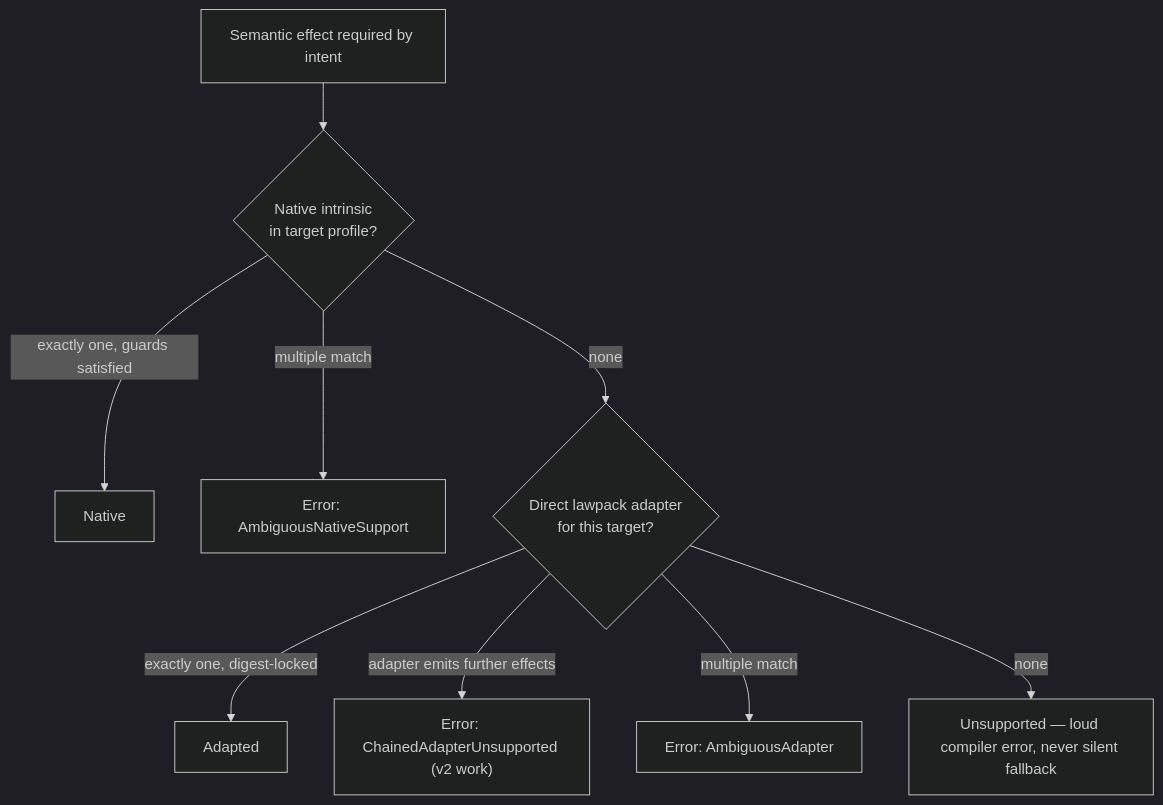
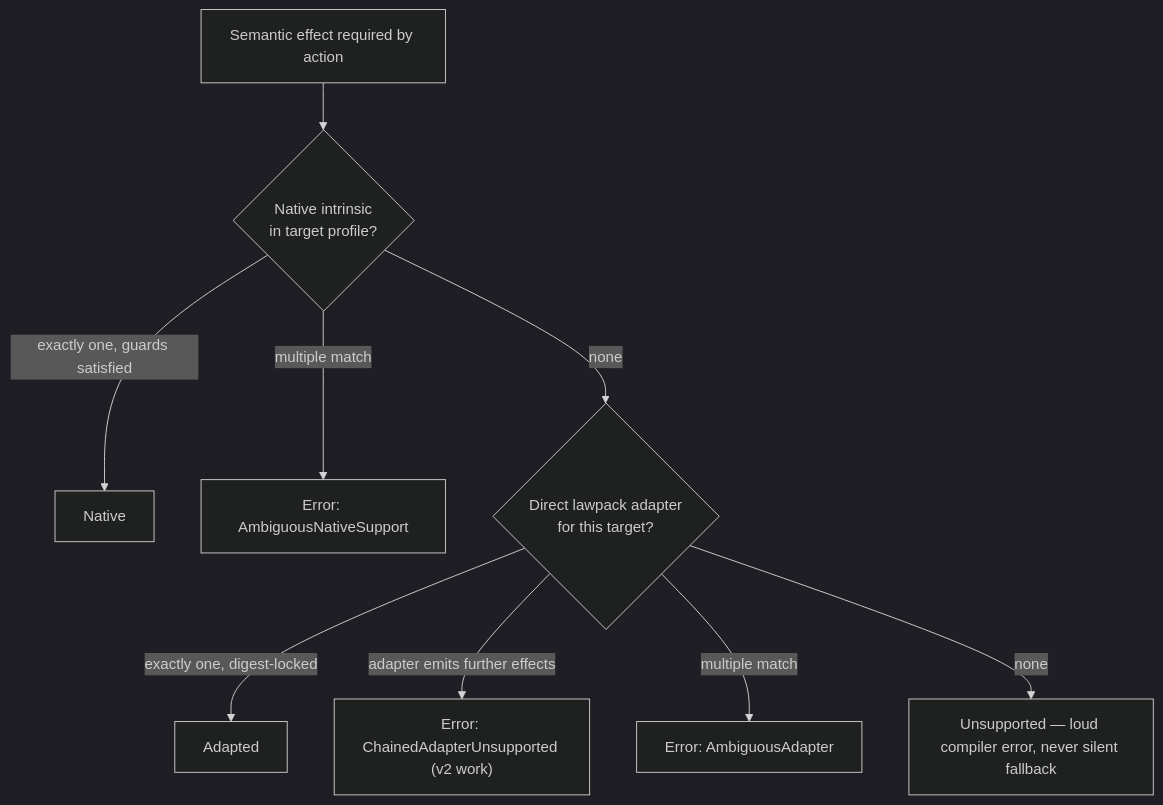
One commit to flyingrobots/edict changed the ninth of 15 diagrams in EDICT.md. Above: the diagram before and after it, drawn with Mermaid (dark theme). The commit also changed other lines of this file and 107 other files, not shown here.

First line of the commit message:
Refactor: Rename Intent to Action workspace-wide

````diff
--- a/EDICT.md
+++ b/EDICT.md
@@ -629,11 +629,11 @@
 ```mermaid
 flowchart TD
-    E["Semantic effect required by intent"] --> N{"Native intrinsic<br/>in target profile?"}
+    E["Semantic effect required by action"] --> N{"Native intrinsic<br/>in target profile?"}
     N -->|"exactly one, guards satisfied"| NAT["Native"]
     N -->|"multiple match"| AMB1["Error: AmbiguousNativeSupport"]
     N -->|none| A{"Direct lawpack adapter<br/>for this target?"}
     A -->|"exactly one, digest-locked"| AD["Adapted"]
     A -->|"adapter emits further effects"| CH["Error: ChainedAdapterUnsupported (v2 work)"]
     A -->|"multiple match"| AMB2["Error: AmbiguousAdapter"]
     A -->|none| U["Unsupported — loud compiler error, never silent fallback"]
 ```
````
